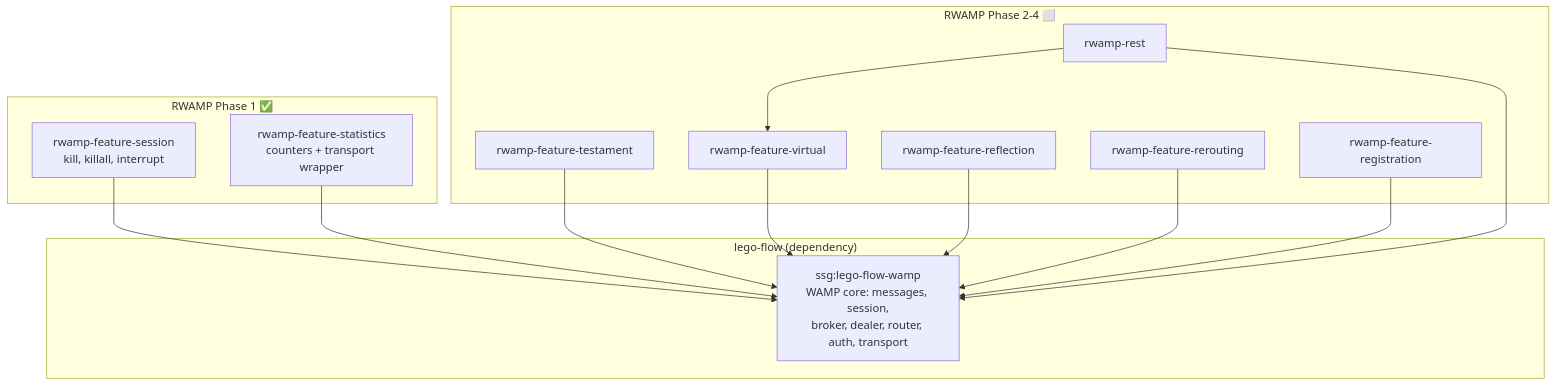
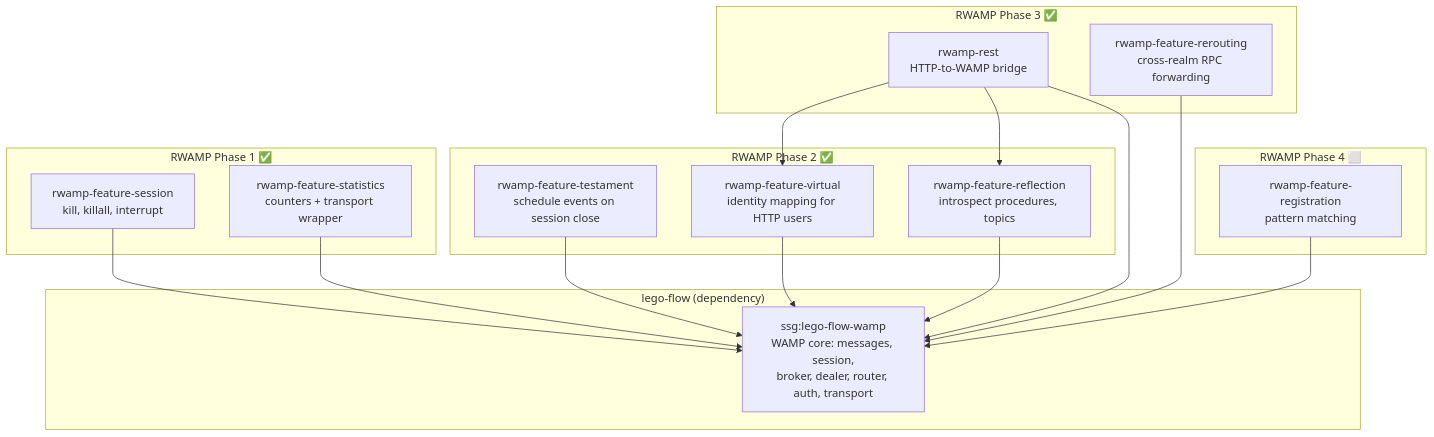
One commit to 000ssg/RWAMP changed the diagram in README.md. Above: the diagram before and after it, drawn with Mermaid. The commit also changed other lines of this file and 31 other files, not shown here.

First line of the commit message:
Phase 2 & 3: Reflection, Testament, Virtual Sessions, REST bridge, Rerouting

````diff
--- a/README.md
+++ b/README.md
@@ -28,30 +28,37 @@
 ```mermaid
 graph TD
     subgraph "lego-flow (dependency)"
         LF["ssg:lego-flow-wamp<br/>WAMP core: messages, session,<br/>broker, dealer, router, auth, transport"]
     end
 
     subgraph "RWAMP Phase 1 ✅"
         S["rwamp-feature-session<br/>kill, killall, interrupt"]
         ST["rwamp-feature-statistics<br/>counters + transport wrapper"]
     end
 
-    subgraph "RWAMP Phase 2-4 ⬜"
-        T["rwamp-feature-testament"]
-        V["rwamp-feature-virtual"]
-        R["rwamp-feature-reflection"]
-        RR["rwamp-feature-rerouting"]
-        RG["rwamp-feature-registration"]
-        REST["rwamp-rest"]
+    subgraph "RWAMP Phase 2 ✅"
+        T["rwamp-feature-testament<br/>schedule events on session close"]
+        V["rwamp-feature-virtual<br/>identity mapping for HTTP users"]
+        R["rwamp-feature-reflection<br/>introspect procedures, topics"]
+    end
+
+    subgraph "RWAMP Phase 3 ✅"
+        REST["rwamp-rest<br/>HTTP-to-WAMP bridge"]
+        RR["rwamp-feature-rerouting<br/>cross-realm RPC forwarding"]
+    end
+
+    subgraph "RWAMP Phase 4 ⬜"
+        RG["rwamp-feature-registration<br/>pattern matching"]
     end
 
     S --> LF
     ST --> LF
     T --> LF
     V --> LF
     R --> LF
+    REST --> LF
+    REST --> V
+    REST --> R
     RR --> LF
     RG --> LF
-    REST --> LF
-    REST --> V
 ```
````
